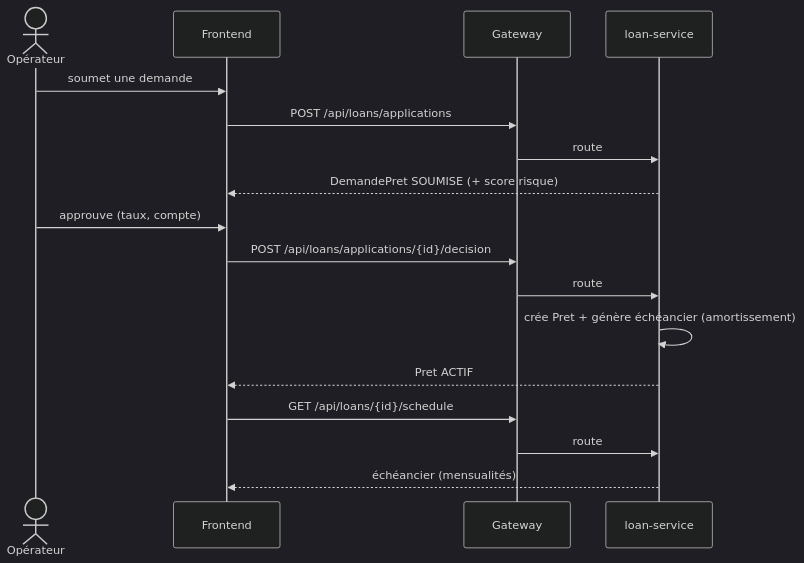
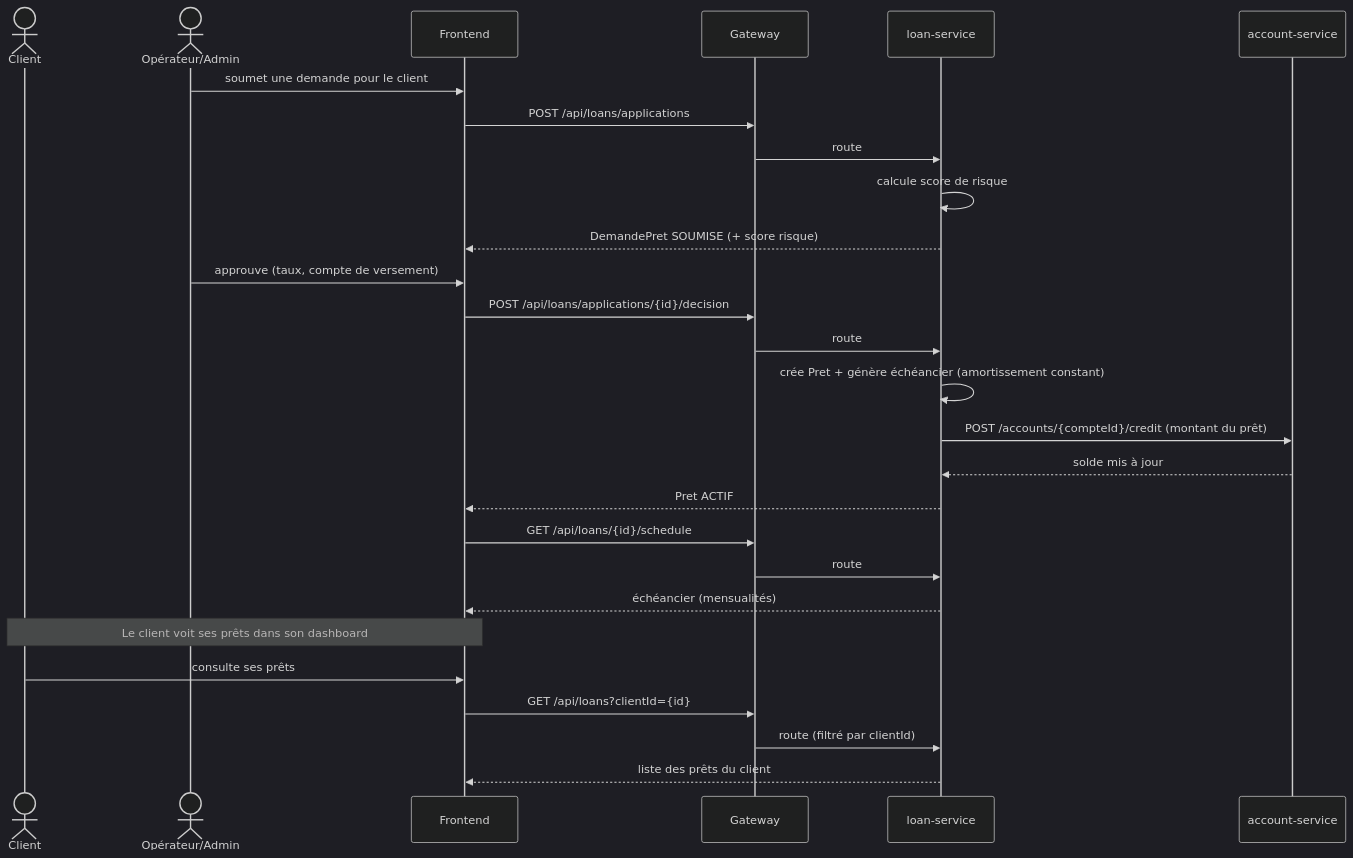
Before and after one commit to kemzang/banking-backend: the fourth of 6 diagrams in docs/11-diagrammes-sequence-deploiement.md, drawn with Mermaid (dark theme). The commit also changed other lines of this file and 12 other files, not shown here.

````diff
--- a/docs/11-diagrammes-sequence-deploiement.md
+++ b/docs/11-diagrammes-sequence-deploiement.md
@@ -66,19 +66,29 @@
 ```mermaid
 sequenceDiagram
-    actor OP as Opérateur
+    actor CL as Client
+    actor OP as Opérateur/Admin
     participant FE as Frontend
     participant GW as Gateway
     participant LO as loan-service
-    OP->>FE: soumet une demande
+    participant ACC as account-service
+    OP->>FE: soumet une demande pour le client
     FE->>GW: POST /api/loans/applications
     GW->>LO: route
+    LO->>LO: calcule score de risque
     LO-->>FE: DemandePret SOUMISE (+ score risque)
-    OP->>FE: approuve (taux, compte)
+    OP->>FE: approuve (taux, compte de versement)
     FE->>GW: POST /api/loans/applications/{id}/decision
     GW->>LO: route
-    LO->>LO: crée Pret + génère échéancier (amortissement)
+    LO->>LO: crée Pret + génère échéancier (amortissement constant)
+    LO->>ACC: POST /accounts/{compteId}/credit (montant du prêt)
+    ACC-->>LO: solde mis à jour
     LO-->>FE: Pret ACTIF
     FE->>GW: GET /api/loans/{id}/schedule
     GW->>LO: route
     LO-->>FE: échéancier (mensualités)
+    Note over CL,FE: Le client voit ses prêts dans son dashboard
+    CL->>FE: consulte ses prêts
+    FE->>GW: GET /api/loans?clientId={id}
+    GW->>LO: route (filtré par clientId)
+    LO-->>FE: liste des prêts du client
 ```
````
